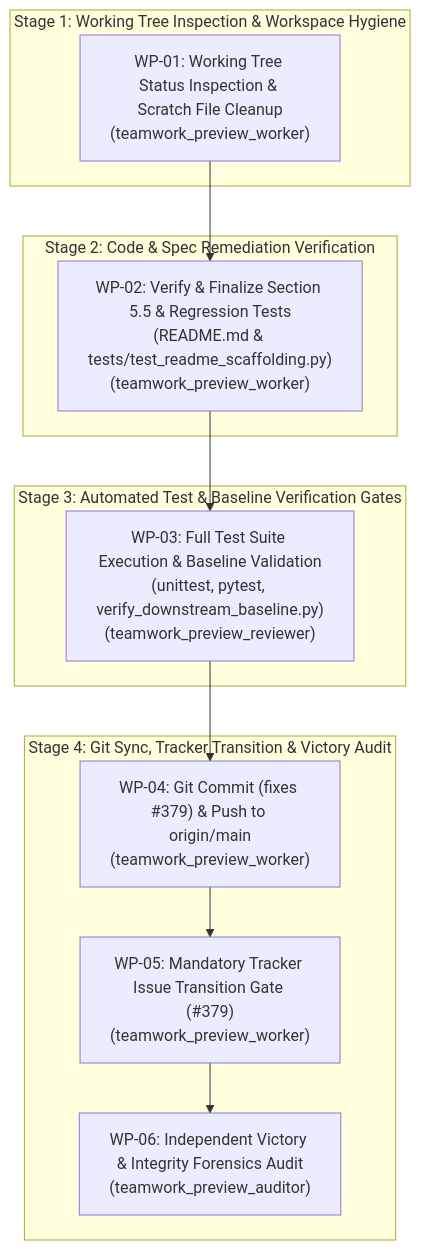
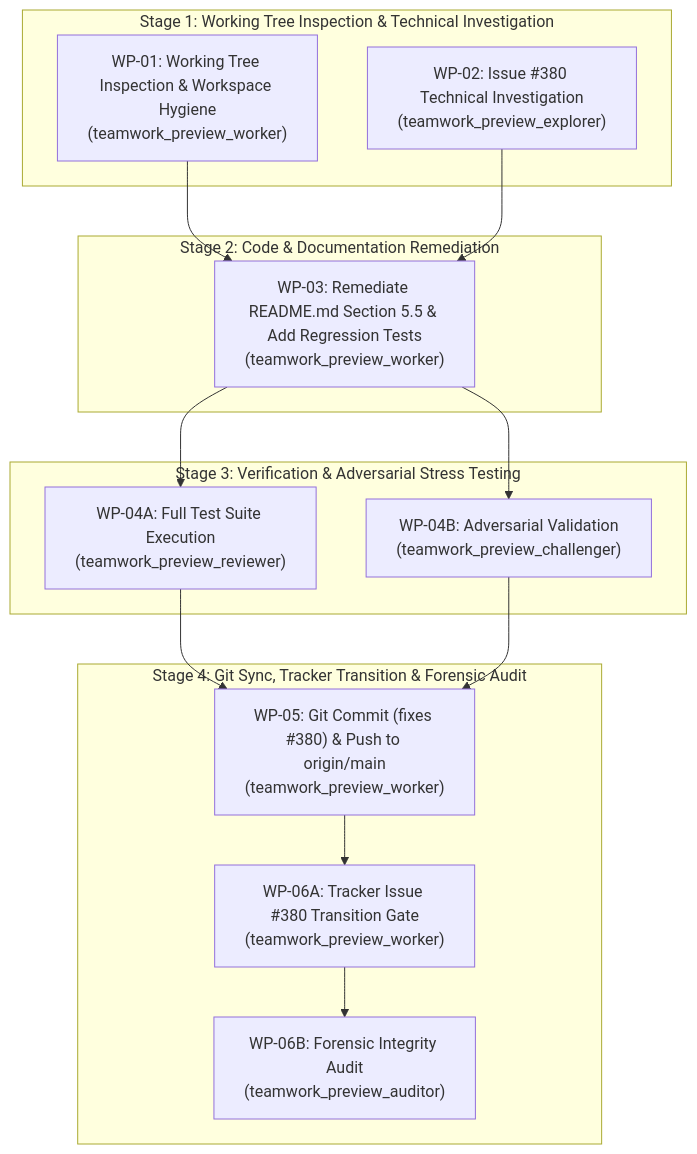
One commit to gintatkinson/DEAP01-spec-core changed the diagram in implementation_plan.md. Above: the diagram before and after it, drawn with Mermaid. The commit also changed other lines of this file and 2 other files, not shown here.

Commit message:
docs(readme): eliminate manual chat steering in section 5.5 in favor of native discovery (fixes #380)

````diff
--- a/implementation_plan.md
+++ b/implementation_plan.md
@@ -25,26 +29,31 @@
 ```mermaid
 flowchart TD
-    subgraph Stage1 ["Stage 1: Working Tree Inspection & Workspace Hygiene"]
-        WP01["WP-01: Working Tree Status Inspection & Scratch File Cleanup<br/>(teamwork_preview_worker)"]
+    subgraph Stage1 ["Stage 1: Working Tree Inspection & Technical Investigation"]
+        WP01["WP-01: Working Tree Inspection & Workspace Hygiene<br/>(teamwork_preview_worker)"]
+        WP02["WP-02: Issue #380 Technical Investigation<br/>(teamwork_preview_explorer)"]
     end
 
-    subgraph Stage2 ["Stage 2: Code & Spec Remediation Verification"]
-        WP02["WP-02: Verify & Finalize Section 5.5 & Regression Tests<br/>(README.md & tests/test_readme_scaffolding.py)<br/>(teamwork_preview_worker)"]
+    subgraph Stage2 ["Stage 2: Code & Documentation Remediation"]
+        WP03["WP-03: Remediate README.md Section 5.5 & Add Regression Tests<br/>(teamwork_preview_worker)"]
     end
 
-    subgraph Stage3 ["Stage 3: Automated Test & Baseline Verification Gates"]
-        WP03["WP-03: Full Test Suite Execution & Baseline Validation<br/>(unittest, pytest, verify_downstream_baseline.py)<br/>(teamwork_preview_reviewer)"]
+    subgraph Stage3 ["Stage 3: Verification & Adversarial Stress Testing"]
+        WP04A["WP-04A: Full Test Suite Execution<br/>(teamwork_preview_reviewer)"]
+        WP04B["WP-04B: Adversarial Validation<br/>(teamwork_preview_challenger)"]
     end
 
-    subgraph Stage4 ["Stage 4: Git Sync, Tracker Transition & Victory Audit"]
-        WP04["WP-04: Git Commit (fixes #379) & Push to origin/main<br/>(teamwork_preview_worker)"]
-        WP05["WP-05: Mandatory Tracker Issue Transition Gate (#379)<br/>(teamwork_preview_worker)"]
-        WP06["WP-06: Independent Victory & Integrity Forensics Audit<br/>(teamwork_preview_auditor)"]
-        WP04 --> WP05
-        WP05 --> WP06
+    subgraph Stage4 ["Stage 4: Git Sync, Tracker Transition & Forensic Audit"]
+        WP05["WP-05: Git Commit (fixes #380) & Push to origin/main<br/>(teamwork_preview_worker)"]
+        WP06A["WP-06A: Tracker Issue #380 Transition Gate<br/>(teamwork_preview_worker)"]
+        WP06B["WP-06B: Forensic Integrity Audit<br/>(teamwork_preview_auditor)"]
+        WP05 --> WP06A
+        WP06A --> WP06B
     end
 
-    WP01 --> WP02
+    WP01 --> WP03
     WP02 --> WP03
-    WP03 --> WP04
+    WP03 --> WP04A
+    WP03 --> WP04B
+    WP04A --> WP05
+    WP04B --> WP05
 ```
````
